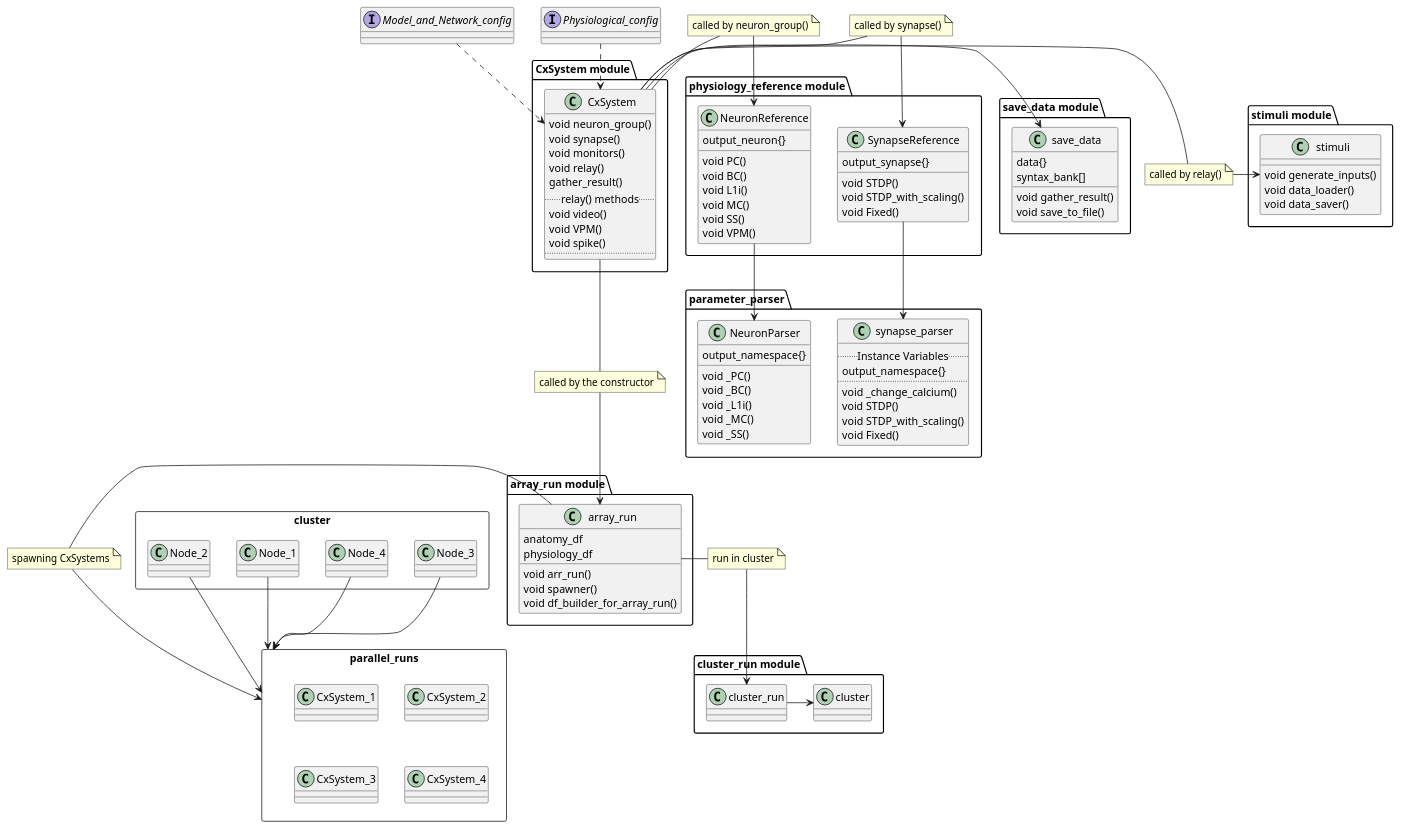
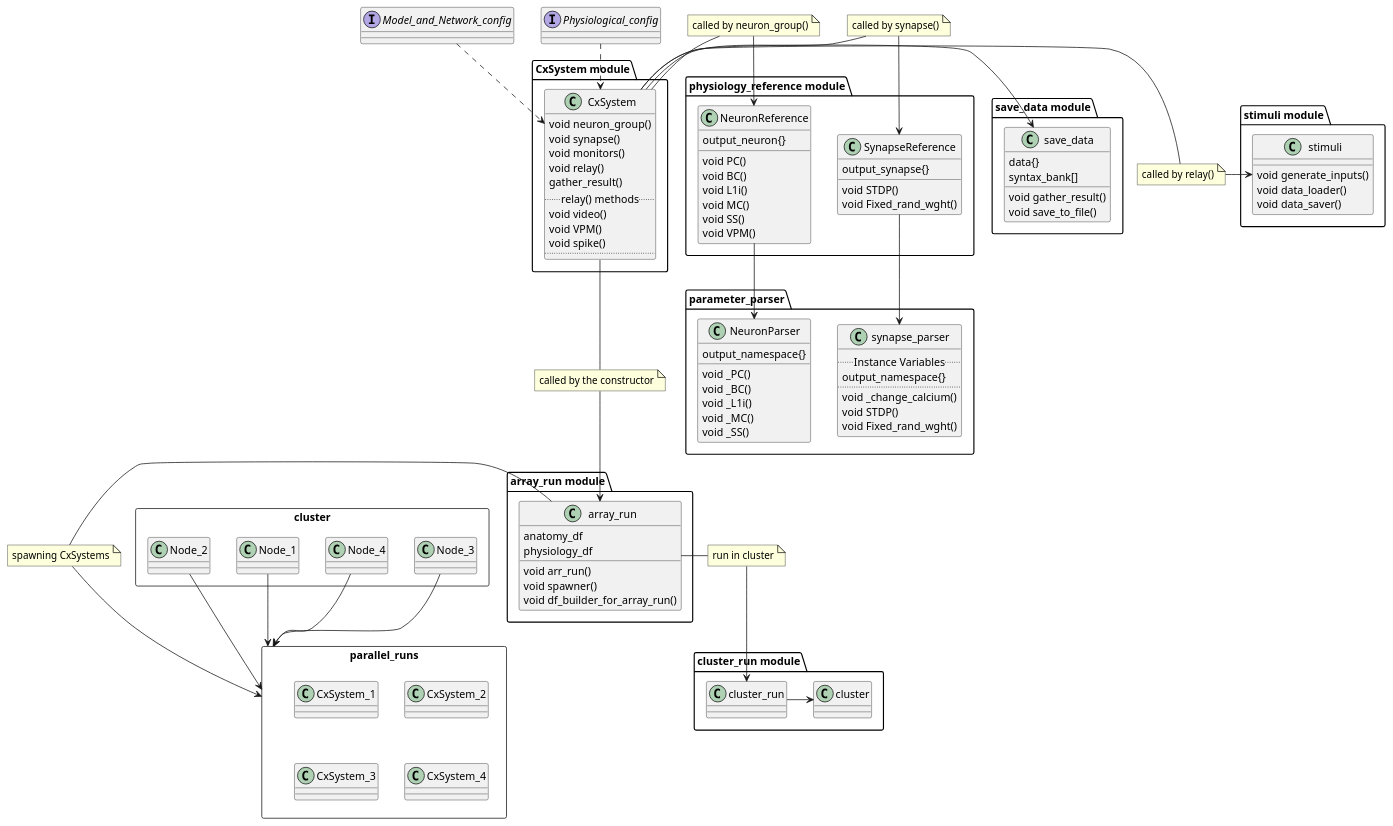
One commit to VisualNeuroscience-UH/CxSystem2 changed the diagram in docs/source/supplementary_data/main_uml.puml. Above: the diagram before and after it, drawn with PlantUML. The commit also changed 8 other files, not shown here.

```diff
--- a/docs/source/supplementary_data/main_uml.puml
+++ b/docs/source/supplementary_data/main_uml.puml
@@ -1,138 +1,136 @@
 @startuml
 
 note "called by neuron_group()" as N1
 note "called by synapse()" as N2
 note "called by relay()" as N3
 note "called by the constructor" as N4
 note "spawning CxSystems" as N5
 note "run in cluster" as N6
 
 package "CxSystem module"{
 class CxSystem {
 void neuron_group()
 void synapse()
 void monitors()
 void relay()
 gather_result()
 .. relay() methods ..
 void video()
 void VPM()
 void spike()
 ..
 }
 
 }
 
 package "physiology_reference module"{
 class NeuronReference{
 output_neuron{}
 void PC()
 void BC()
 void L1i()
 void MC()
 void SS()
 void VPM()
 }
 
 class SynapseReference{
 output_synapse{}
 void STDP()
-void STDP_with_scaling()
-void Fixed()
+void Fixed_rand_wght()
 }
 SynapseReference <-up- N2
 N2 -- CxSystem
 NeuronReference <-up- N1
 N1 -- CxSystem
 
 }
 
 package "parameter_parser" {
 class "synapse_parser"{
 .. Instance Variables ..
 output_namespace{}
 ....
 void _change_calcium()
 void STDP()
-void STDP_with_scaling()
-void Fixed()
+void Fixed_rand_wght()
 }
 class "NeuronParser"{
 
 output_namespace{}
 void _PC()
 void _BC()
 void _L1i()
 void _MC()
 void _SS()
 }
 NeuronParser <-up- NeuronReference
 synapse_parser <-up- SynapseReference
 }
 
 package "save_data module"{
 class save_data {
 data{}
 syntax_bank[]
 void gather_result()
 void save_to_file()
 }
 CxSystem-left->save_data
 }
 package "stimuli module" {
 class stimuli {
 void generate_inputs()
 void data_loader()
 void data_saver()
 }
 CxSystem-right-N3
 N3-right->stimuli
 }
 
 
 package parallel_runs <<Rectangle>>  {
     class CxSystem_1
     class CxSystem_2
     class CxSystem_3
     class CxSystem_4
 
 
 }
 package "array_run module" {
 class array_run{
 anatomy_df
 physiology_df
 void arr_run()
 void spawner()
 void df_builder_for_array_run()
 }
 CxSystem-down-N4
 N4-down->array_run
 array_run-left-N5
 N5 -down-> parallel_runs
 }
 package "cluster_run module" {
 class cluster_run{
 }
 array_run-right-N6
 N6-down->cluster_run
 cluster_run->cluster
 }
 
 package cluster <<Rectangle>>  {
     class Node_1
     class Node_2
     class Node_3
     class Node_4
 Node_1-down->parallel_runs
 Node_2-down->parallel_runs
 Node_3-down->parallel_runs
 Node_4-down->parallel_runs
 }
 
 
 interface Model_and_Network_config
 interface Physiological_config
 Physiological_config ..> CxSystem
 Model_and_Network_config ..> CxSystem
 @enduml
```
